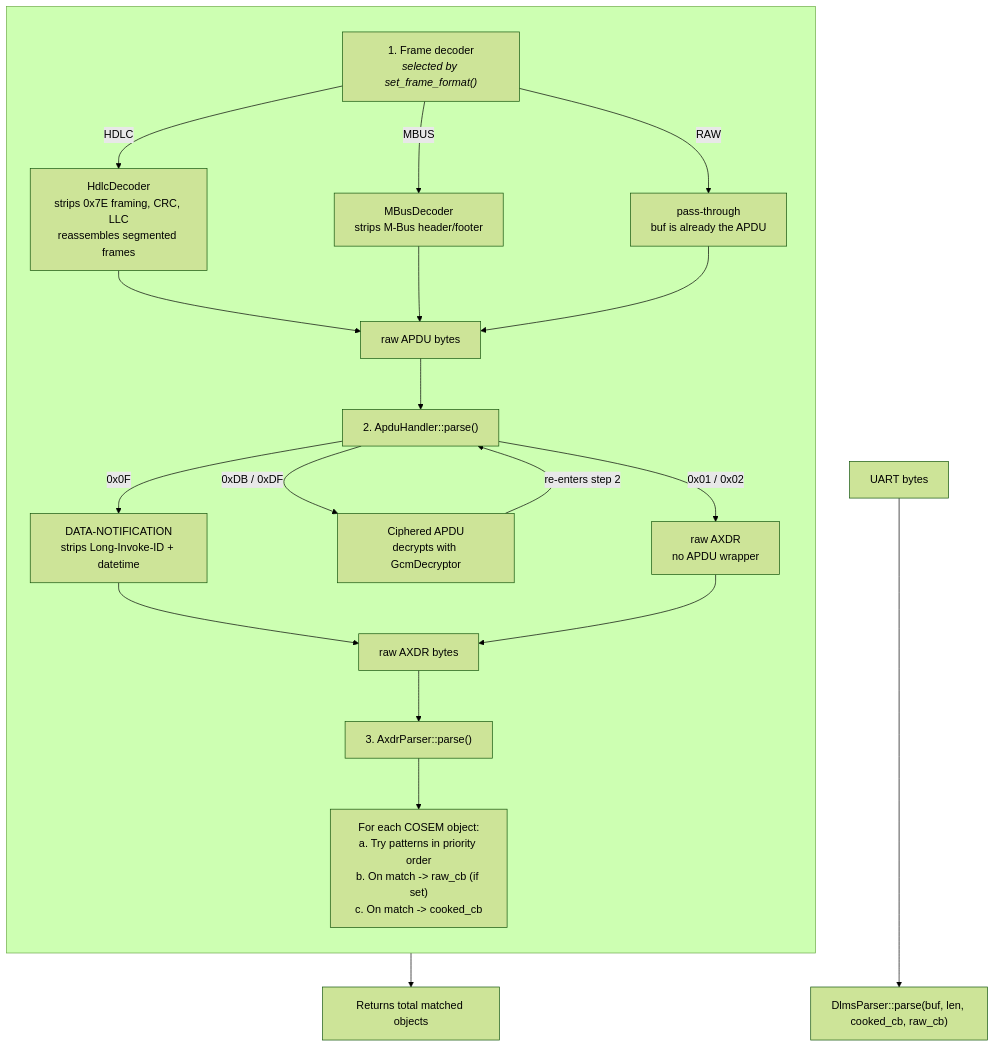
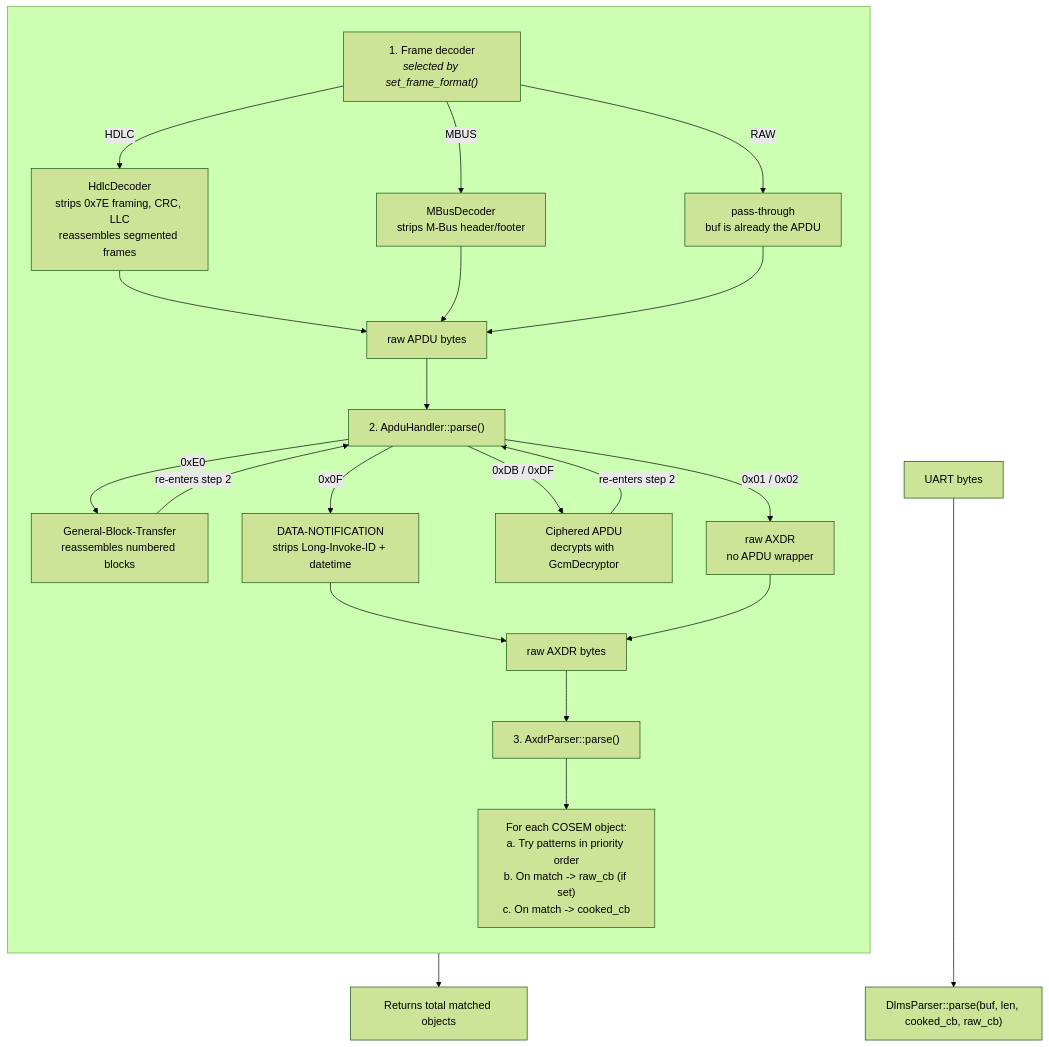
One commit to cnrd/dlms_parser changed the diagram in HOWTO.md. Above: the diagram before and after it, drawn with Mermaid (forest theme). The commit also changed other lines of this file and 27 other files, not shown here.

````diff
--- a/HOWTO.md
+++ b/HOWTO.md
@@ -19,30 +19,32 @@
 ```mermaid
 flowchart TD
     UART["UART bytes"] --> PARSE["DlmsParser::parse(buf, len, cooked_cb, raw_cb)"]
 
     subgraph PARSE_INNER [" "]
         direction TB
         FRAME["1. Frame decoder<br/><i>selected by set_frame_format()</i>"]
         FRAME -->|"HDLC"| HDLC["HdlcDecoder<br/>strips 0x7E framing, CRC, LLC<br/>reassembles segmented frames"]
         FRAME -->|"MBUS"| MBUS["MBusDecoder<br/>strips M-Bus header/footer"]
         FRAME -->|"RAW"| RAW["pass-through<br/>buf is already the APDU"]
 
         HDLC --> APDU_BYTES["raw APDU bytes"]
         MBUS --> APDU_BYTES
         RAW --> APDU_BYTES
 
         APDU_BYTES --> APDU["2. ApduHandler::parse()"]
+        APDU -->|"0xE0"| GBT["General-Block-Transfer<br/>reassembles numbered blocks"]
         APDU -->|"0x0F"| DN["DATA-NOTIFICATION<br/>strips Long-Invoke-ID + datetime"]
         APDU -->|"0xDB / 0xDF"| CIPHER["Ciphered APDU<br/>decrypts with GcmDecryptor"]
         APDU -->|"0x01 / 0x02"| RAWAXDR["raw AXDR<br/>no APDU wrapper"]
+        GBT -->|"re-enters step 2"| APDU
         CIPHER -->|"re-enters step 2"| APDU
 
         DN --> AXDR_BYTES["raw AXDR bytes"]
         RAWAXDR --> AXDR_BYTES
 
         AXDR_BYTES --> AXDR["3. AxdrParser::parse()"]
         AXDR --> MATCH["For each COSEM object:<br/>a. Try patterns in priority order<br/>b. On match -> raw_cb (if set)<br/>c. On match -> cooked_cb"]
     end
 
     MATCH --> RESULT["Returns total matched objects"]
 ```
````
